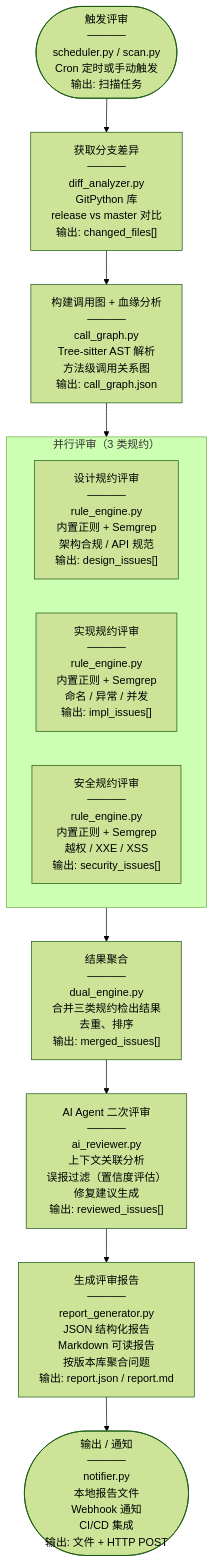
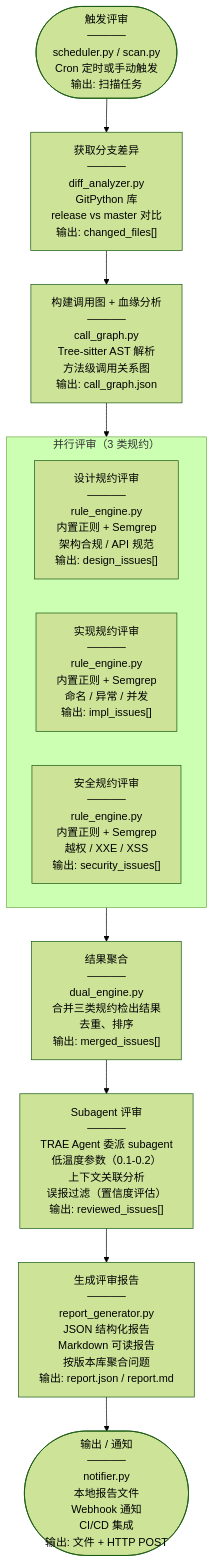
The second of 2 diagrams in README.md (christinkaka/code-review-skill), drawn with Mermaid (forest theme) before and after one commit. The commit also changed other lines of this file and 8 other files, not shown here.

````diff
--- a/README.md
+++ b/README.md
@@ -687,77 +745,77 @@
 ```mermaid
 flowchart TD
     START(["触发评审
     ─────
     scheduler.py / scan.py
     Cron 定时或手动触发
     输出: 扫描任务"]) --> DIFF["获取分支差异
     ─────
     diff_analyzer.py
     GitPython 库
     release vs master 对比
     输出: changed_files[]"]
     
     DIFF --> CG["构建调用图 + 血缘分析
     ─────
     call_graph.py
     Tree-sitter AST 解析
     方法级调用关系图
     输出: call_graph.json"]
 
     CG --> PARALLEL
 
     subgraph PARALLEL["并行评审（3 类规约）"]
         direction LR
         R1["设计规约评审
         ─────
         rule_engine.py
         内置正则 + Semgrep
         架构合规 / API 规范
         输出: design_issues[]"]
         
         R2["实现规约评审
         ─────
         rule_engine.py
         内置正则 + Semgrep
         命名 / 异常 / 并发
         输出: impl_issues[]"]
         
         R3["安全规约评审
         ─────
         rule_engine.py
         内置正则 + Semgrep
         越权 / XXE / XSS
         输出: security_issues[]"]
     end
 
     PARALLEL --> AGG["结果聚合
     ─────
     dual_engine.py
     合并三类规约检出结果
     去重、排序
     输出: merged_issues[]"]
     
-    AGG --> AI["AI Agent 二次评审
+    AGG --> AI["Subagent 评审
     ─────
-    ai_reviewer.py
+    TRAE Agent 委派 subagent
+    低温度参数（0.1-0.2）
     上下文关联分析
     误报过滤（置信度评估）
-    修复建议生成
     输出: reviewed_issues[]"]
     
     AI --> REPORT["生成评审报告
     ─────
     report_generator.py
     JSON 结构化报告
     Markdown 可读报告
     按版本库聚合问题
     输出: report.json / report.md"]
     
     REPORT --> END(["输出 / 通知
     ─────
     notifier.py
     本地报告文件
     Webhook 通知
     CI/CD 集成
     输出: 文件 + HTTP POST"])
 ```
````
